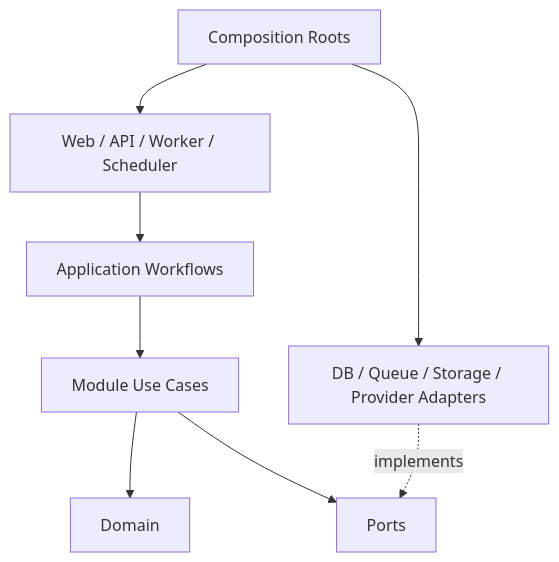
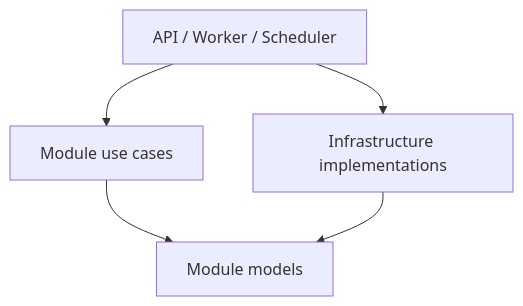
Before and after one commit to StephenQiu30/lanverse: the diagram in docs/design/004-ai内容创作平台模块边界与解耦设计.md, drawn with Mermaid. The commit also changed other lines of this file and 1 other file, not shown here.

````diff
--- a/docs/design/004-ai内容创作平台模块边界与解耦设计.md
+++ b/docs/design/004-ai内容创作平台模块边界与解耦设计.md
@@ -48,10 +93,7 @@
 ```mermaid
 flowchart TB
-    A["Web / API / Worker / Scheduler"] --> B["Application Workflows"]
-    B --> C["Module Use Cases"]
-    C --> D["Domain"]
-    C --> E["Ports"]
-    F["DB / Queue / Storage / Provider Adapters"] -. "implements" .-> E
-    G["Composition Roots"] --> A
-    G --> F
+    A["API / Worker / Scheduler"] --> B["Module use cases"]
+    B --> C["Module models"]
+    A --> D["Infrastructure implementations"]
+    D --> C
 ```
````
